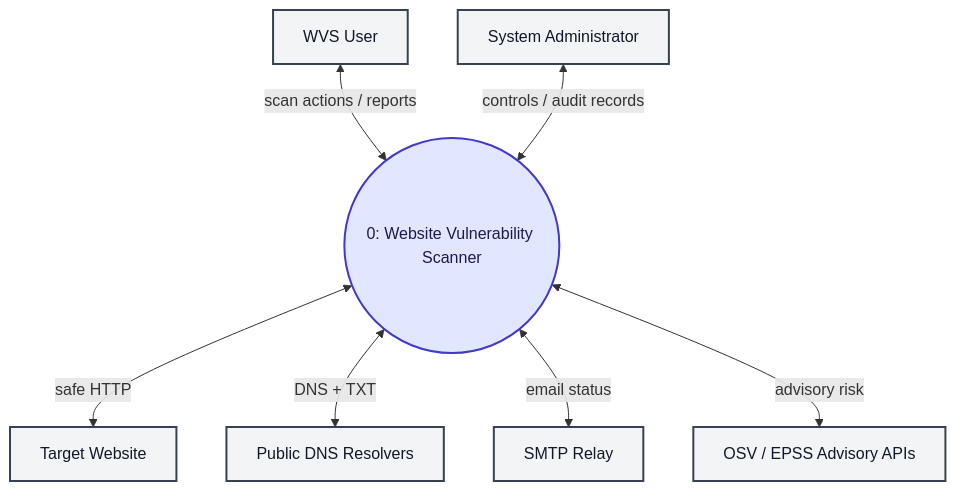
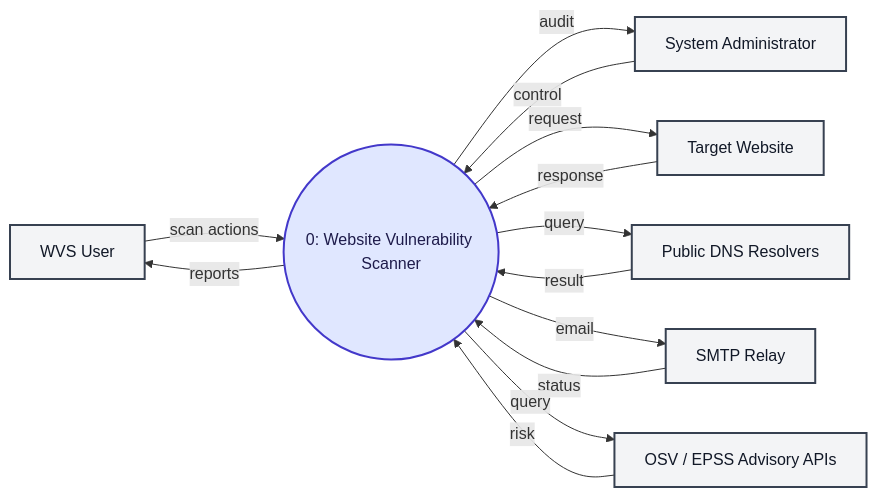
One commit to ksacheth/software-engineering changed the first of 10 diagrams in docs/Website_Vulnerability_Scanner_DFD.md. Above: the diagram before and after it, drawn with Mermaid. The commit also changed other lines of this file and 25 other files, not shown here.

Commit message:
docs(dfd): refine scanner data flow diagrams

````diff
--- a/docs/Website_Vulnerability_Scanner_DFD.md
+++ b/docs/Website_Vulnerability_Scanner_DFD.md
@@ -43,25 +43,31 @@
 ```mermaid
-flowchart TD
+flowchart LR
     %% Level 0 Context Diagram - Website Vulnerability Scanner
 
     User["WVS User"]
     Admin["System Administrator"]
     P0(("0: Website Vulnerability Scanner"))
     Target["Target Website"]
     DNS["Public DNS Resolvers"]
     SMTP["SMTP Relay"]
     OSV["OSV / EPSS Advisory APIs"]
 
-    User <-->|"scan actions / reports"| P0
-    Admin <-->|"controls / audit records"| P0
-    P0 <-->|"safe HTTP"| Target
-    P0 <-->|"DNS + TXT"| DNS
-    P0 <-->|"email status"| SMTP
-    P0 <-->|"advisory risk"| OSV
+    User -->|"scan actions"| P0
+    P0 -->|"reports"| User
+    Admin -->|"control"| P0
+    P0 -->|"audit"| Admin
+    P0 -->|"request"| Target
+    Target -->|"response"| P0
+    P0 -->|"query"| DNS
+    DNS -->|"result"| P0
+    P0 -->|"email"| SMTP
+    SMTP -->|"status"| P0
+    P0 -->|"query"| OSV
+    OSV -->|"risk"| P0
 
     %% Styling
     classDef process fill:#e0e7ff,stroke:#4338ca,stroke-width:2px,color:#1e1b4b;
     classDef entity fill:#f3f4f6,stroke:#374151,stroke-width:2px,color:#111827;
     class P0 process;
     class User,Admin,Target,DNS,SMTP,OSV entity;
 ```
````
